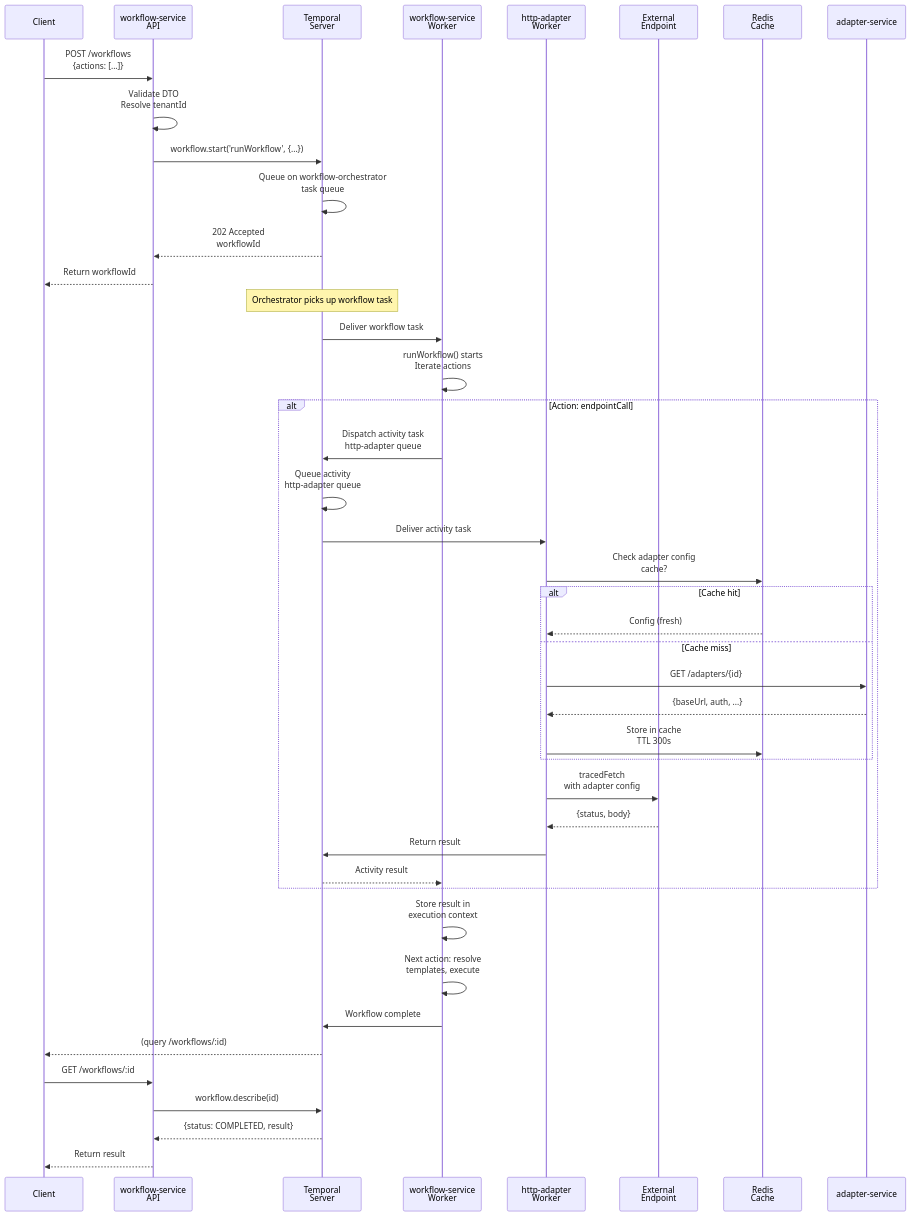
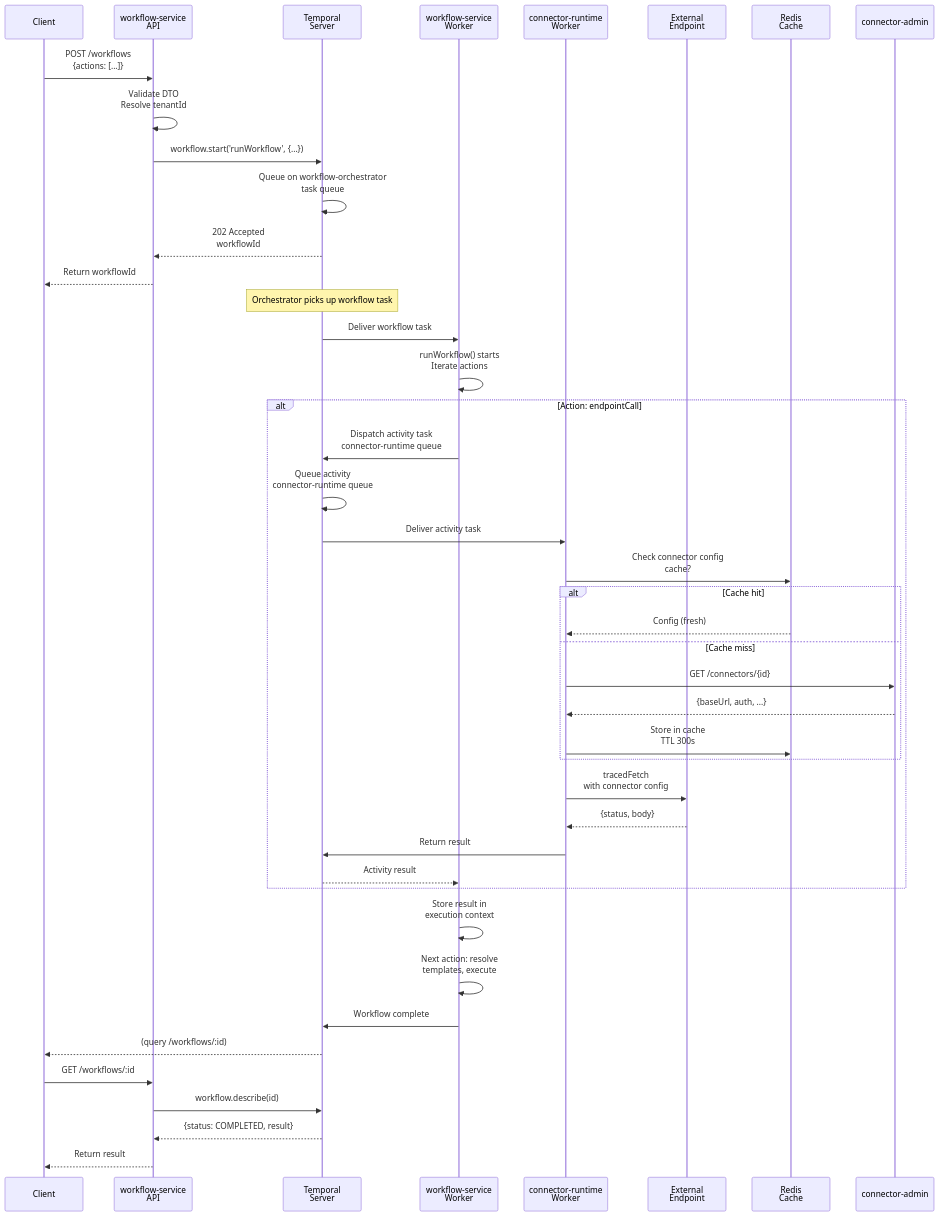
The second of 8 diagrams in DOCS/11-SERVICE-ARCHITECTURE-DIAGRAM.md (ccarnero/colloqui), drawn with Mermaid before and after one commit. The commit also changed other lines of this file and 418 other files, not shown here.

First line of the commit message:
Merged PR 3855: Remove services. Rename http-adapter/adapter-service. Update docs

````diff
--- a/DOCS/11-SERVICE-ARCHITECTURE-DIAGRAM.md
+++ b/DOCS/11-SERVICE-ARCHITECTURE-DIAGRAM.md
@@ -80,52 +80,52 @@
 ```mermaid
 sequenceDiagram
     participant Client
     participant WF as workflow-service<br/>API
     participant TEMPORAL as Temporal<br/>Server
     participant WFW as workflow-service<br/>Worker
-    participant HAW as http-adapter<br/>Worker
+    participant HAW as connector-runtime<br/>Worker
     participant EXT as External<br/>Endpoint
     participant REDIS as Redis<br/>Cache
-    participant ADA as adapter-service
+    participant ADA as connector-admin
     
     Client->>WF: POST /workflows<br/>{actions: [...]}
     WF->>WF: Validate DTO<br/>Resolve tenantId
     WF->>TEMPORAL: workflow.start('runWorkflow', {...})
     TEMPORAL->>TEMPORAL: Queue on workflow-orchestrator<br/>task queue
     TEMPORAL-->>WF: 202 Accepted<br/>workflowId
     WF-->>Client: Return workflowId
     
     Note over TEMPORAL: Orchestrator picks up workflow task
     TEMPORAL->>WFW: Deliver workflow task
     WFW->>WFW: runWorkflow() starts<br/>Iterate actions
     
     alt Action: endpointCall
-        WFW->>TEMPORAL: Dispatch activity task<br/>http-adapter queue
-        TEMPORAL->>TEMPORAL: Queue activity<br/>http-adapter queue
+        WFW->>TEMPORAL: Dispatch activity task<br/>connector-runtime queue
+        TEMPORAL->>TEMPORAL: Queue activity<br/>connector-runtime queue
         TEMPORAL->>HAW: Deliver activity task
-        
-        HAW->>REDIS: Check adapter config<br/>cache?
+
+        HAW->>REDIS: Check connector config<br/>cache?
         alt Cache hit
             REDIS-->>HAW: Config (fresh)
         else Cache miss
-            HAW->>ADA: GET /adapters/{id}
+            HAW->>ADA: GET /connectors/{id}
             ADA-->>HAW: {baseUrl, auth, ...}
             HAW->>REDIS: Store in cache<br/>TTL 300s
         end
-        
-        HAW->>EXT: tracedFetch<br/>with adapter config
+
+        HAW->>EXT: tracedFetch<br/>with connector config
         EXT-->>HAW: {status, body}
         HAW->>TEMPORAL: Return result
         TEMPORAL-->>WFW: Activity result
     end
     
     WFW->>WFW: Store result in<br/>execution context
     WFW->>WFW: Next action: resolve<br/>templates, execute
     
     WFW->>TEMPORAL: Workflow complete
     TEMPORAL-->>Client: (query /workflows/:id)
     Client->>WF: GET /workflows/:id
     WF->>TEMPORAL: workflow.describe(id)
     TEMPORAL-->>WF: {status: COMPLETED, result}
     WF-->>Client: Return result
 ```
````
